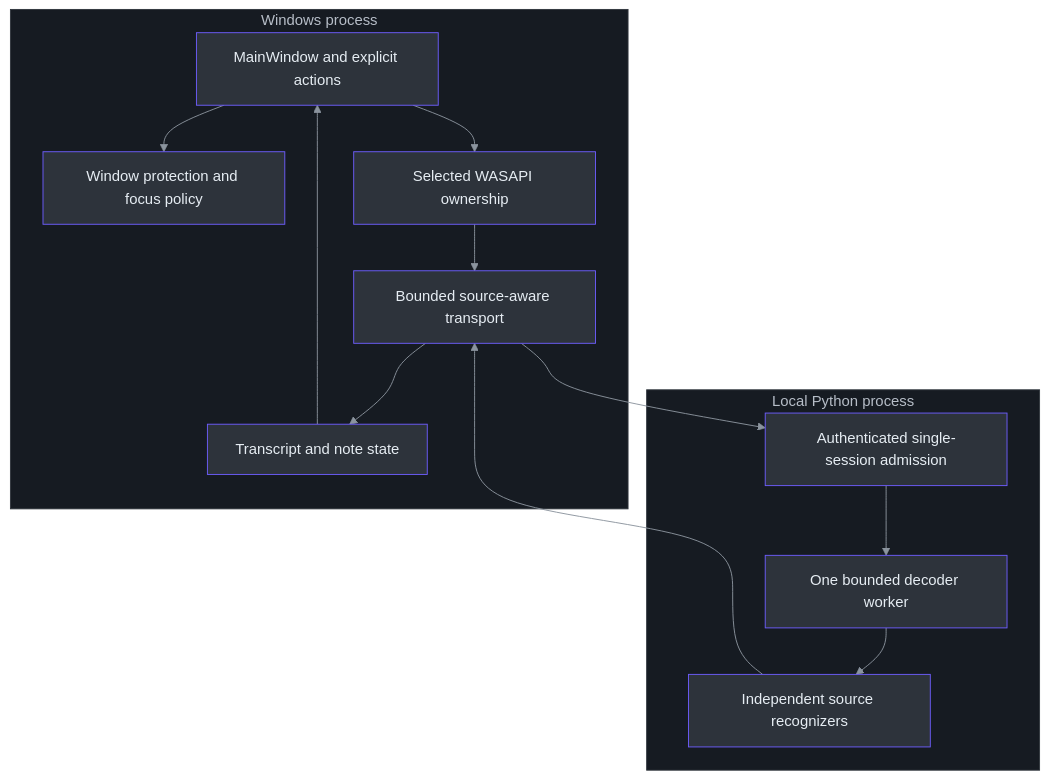
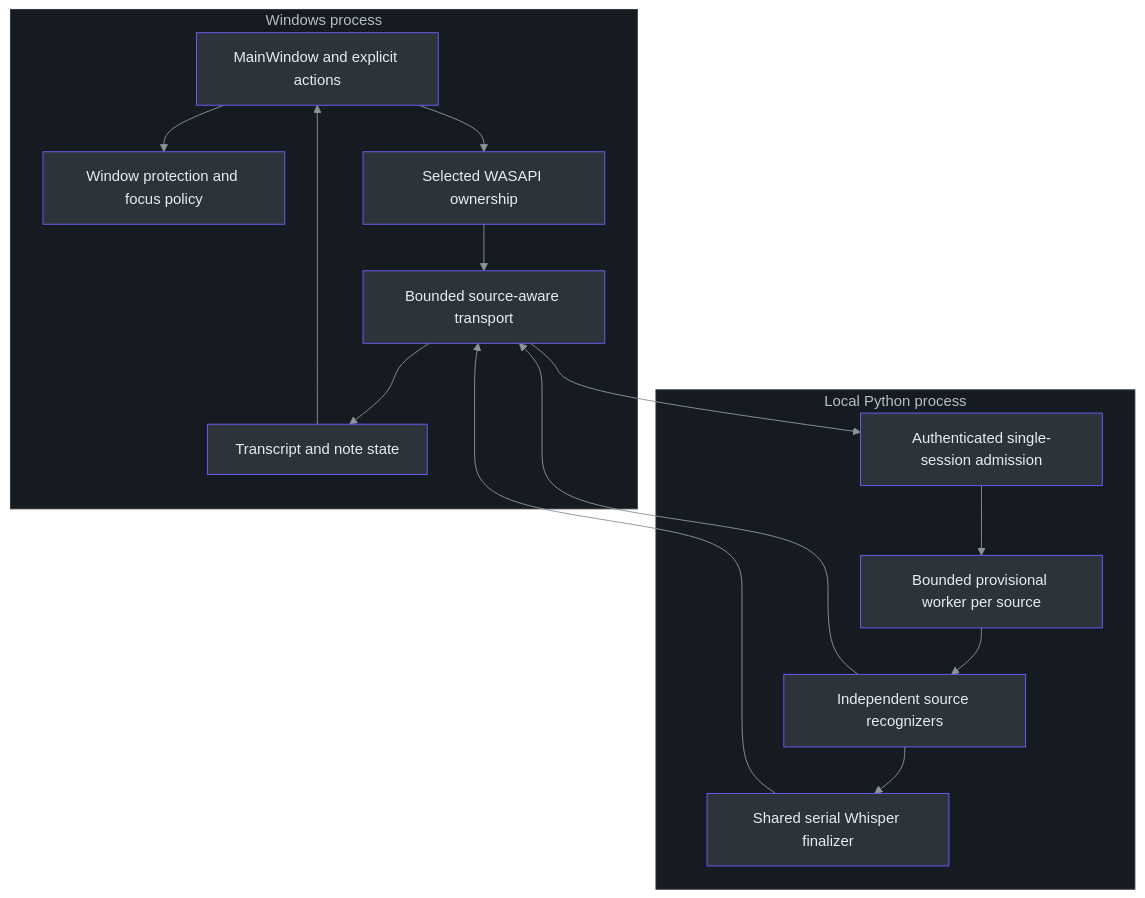
Before and after one commit to Zanark/phantom-fudge: the first of 2 diagrams in docs/handbook/01-principal-engineer-guide.md, drawn with Mermaid. The commit also changed other lines of this file and 371 other files, not shown here.

````diff
--- a/docs/handbook/01-principal-engineer-guide.md
+++ b/docs/handbook/01-principal-engineer-guide.md
@@ -60,23 +60,25 @@
 ```mermaid
 ---
 config: {"theme":"base","themeVariables":{"primaryColor":"#2d333b","primaryBorderColor":"#6d5dfc","primaryTextColor":"#e6edf3","lineColor":"#8b949e","clusterBkg":"#161b22","clusterBorder":"#30363d"}}
 ---
 flowchart TB
     accTitle: Runtime ownership across two local processes
     accDescr: The Windows process owns interaction and audio while the authenticated Python process owns independent source decoders.
     subgraph Desktop["Windows process"]
       UI["MainWindow and explicit actions"]
       Policy["Window protection and focus policy"]
       Native["Selected WASAPI ownership"]
       Transport["Bounded source-aware transport"]
       Buffer["Transcript and note state"]
     end
     subgraph Local["Local Python process"]
       Admission["Authenticated single-session admission"]
-      Worker["One bounded decoder worker"]
+      Worker["Bounded provisional worker per source"]
       Sources["Independent source recognizers"]
+      Finalizer["Shared serial Whisper finalizer"]
     end
     UI --> Policy
     UI --> Native --> Transport --> Admission --> Worker --> Sources
     Sources --> Transport --> Buffer --> UI
+    Sources --> Finalizer --> Transport
 ```
````
